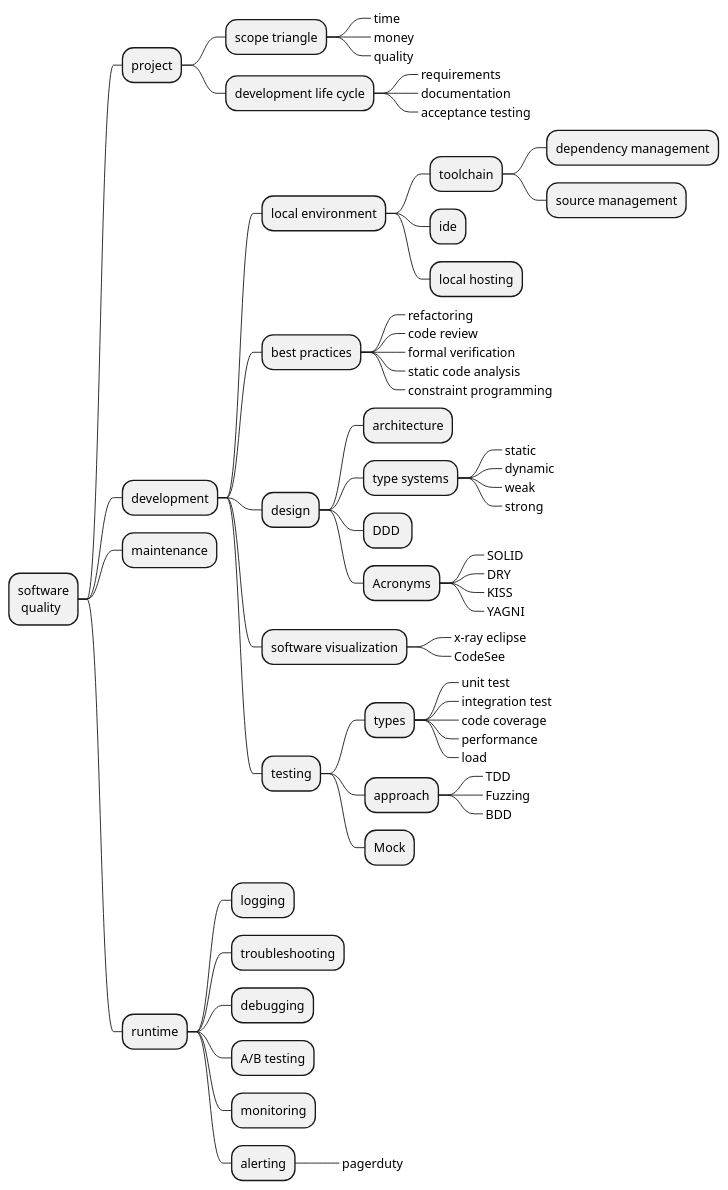
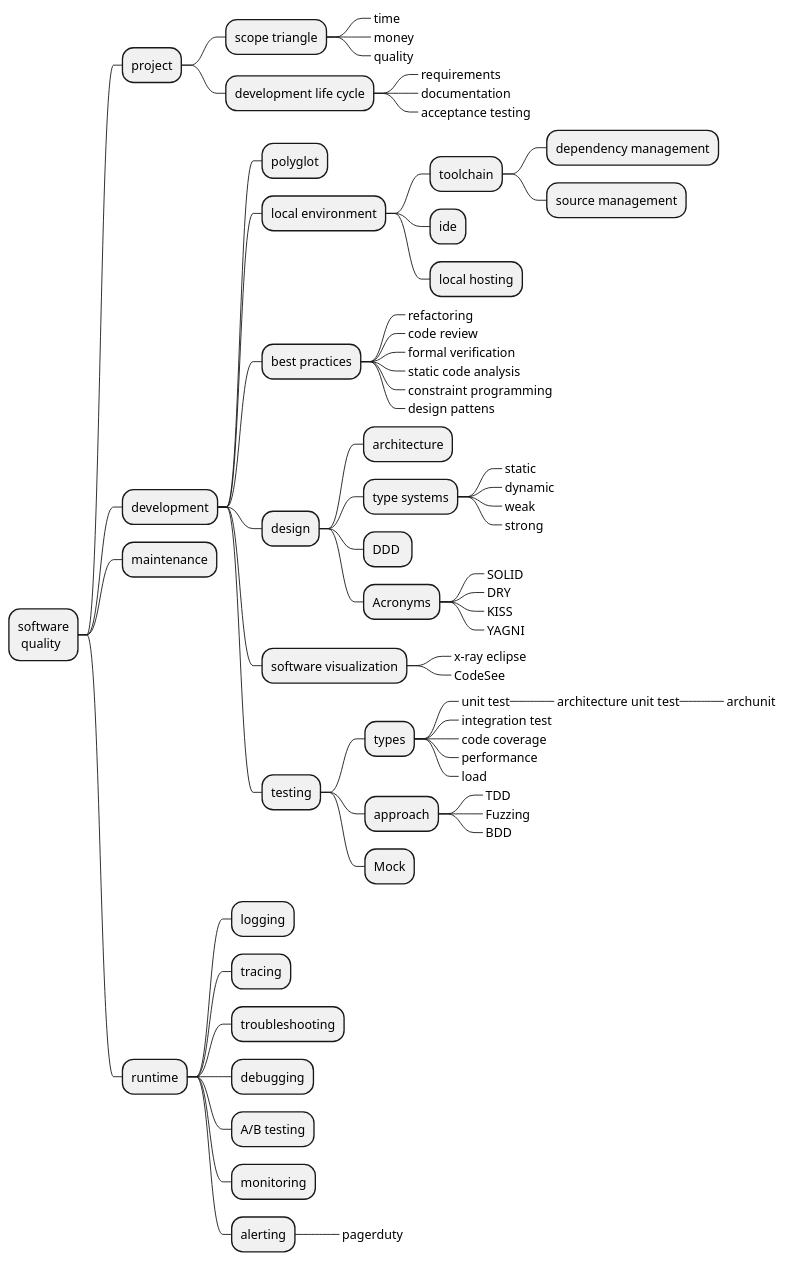
Before and after one commit to levplotkin/code-quality-roadmap: the diagram in software-quality-roadmap.iuml, drawn with PlantUML.

```diff
--- a/software-quality-roadmap.iuml
+++ b/software-quality-roadmap.iuml
@@ -1,62 +1,67 @@
 @startmindmap
 * software\n quality
  * project
   * scope triangle
    *_ time
    *_ money
    *_ quality
   * development life cycle
    *_ requirements
    *_ documentation
    *_ acceptance testing
  * development
+  * polyglot
   * local environment
    * toolchain
     * dependency management
     * source management
    * ide
    * local hosting
   * best practices
    *_ refactoring
    *_ code review
    *_ formal verification
    *_ static code analysis
    *_ constraint programming
+   *_ design pattens
   * design
    * architecture
    * type systems
     *_ static
     *_ dynamic
     *_ weak
     *_ strong
    * DDD 
    * Acronyms
     *_ SOLID
     *_ DRY
     *_ KISS
     *_ YAGNI
   * software visualization
    *_ x-ray eclipse
    *_ CodeSee
   * testing
    * types
     *_ unit test
+     *_ architecture unit test
+      *_ archunit
     *_ integration test
     *_ code coverage
     *_ performance
     *_ load
    * approach
     *_ TDD
     *_ Fuzzing
     *_ BDD
    * Mock
  * maintenance
  * runtime
   * logging
+  * tracing
   * troubleshooting
   * debugging
   * A/B testing
   * monitoring
   * alerting
    *_ pagerduty
 @endmindmap
```
